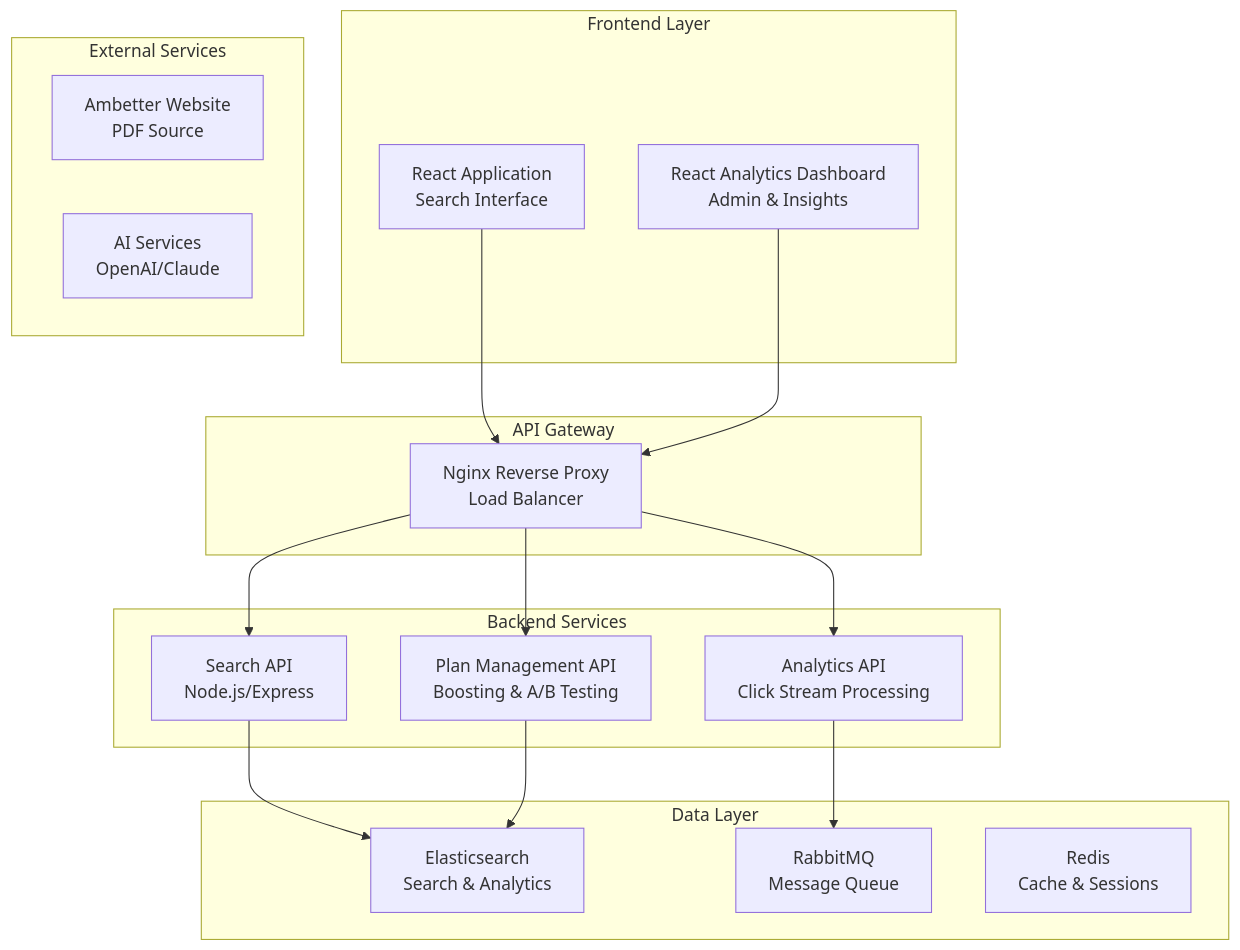
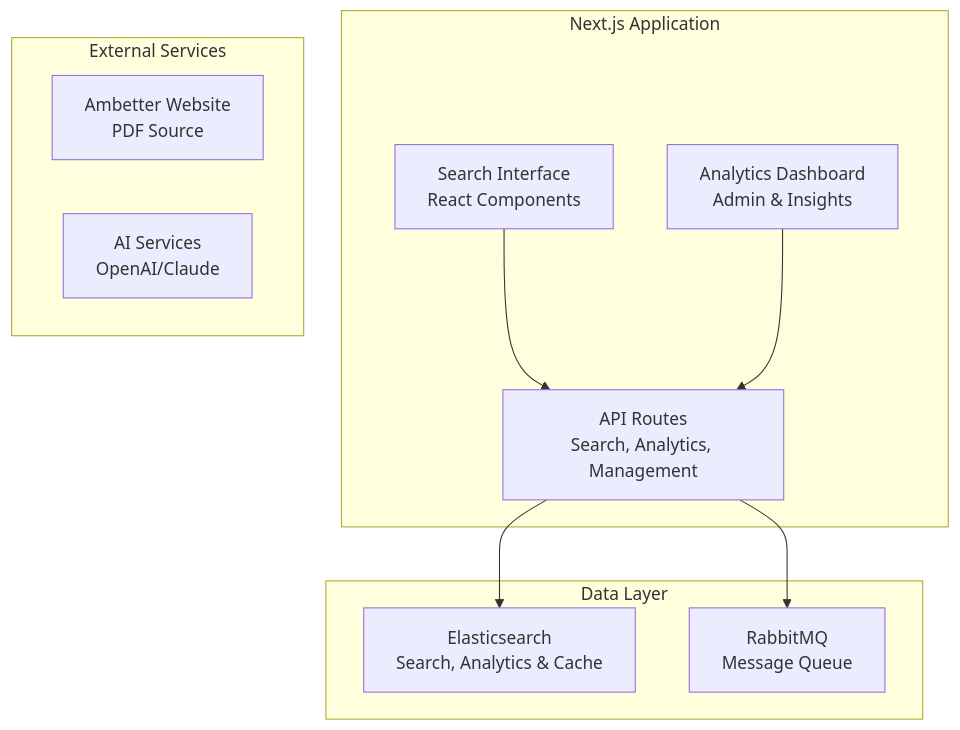
Before and after one commit to bommas/ambetter-project: the diagram in README.md, drawn with Mermaid. The commit also changed 1 other file, not shown here.

Commit message:
Fix architecture diagrams - remove remaining Redis references
- Remove Redis from Part 3 backend architecture diagram
- Update README architecture to show Next.js app structure
- Remove Redis cache references from connection flows
- Ensure all diagrams reflect Elasticsearch-only data layer
- Fix inconsistent architecture diagrams between files

````diff
--- a/README.md
+++ b/README.md
@@ -21,37 +21,23 @@
 ```mermaid
 graph TB
-    subgraph "Frontend Layer"
-        A[React Application<br/>Search Interface]
-        B[React Analytics Dashboard<br/>Admin & Insights]
-    end
-    
-    subgraph "API Gateway"
-        C[Nginx Reverse Proxy<br/>Load Balancer]
-    end
-    
-    subgraph "Backend Services"
-        D[Search API<br/>Node.js/Express]
-        E[Analytics API<br/>Click Stream Processing]
-        F[Plan Management API<br/>Boosting & A/B Testing]
+    subgraph "Next.js Application"
+        A[Search Interface<br/>React Components]
+        B[Analytics Dashboard<br/>Admin & Insights]
+        C[API Routes<br/>Search, Analytics, Management]
     end
     
     subgraph "Data Layer"
-        G[Elasticsearch<br/>Search & Analytics]
+        G[Elasticsearch<br/>Search, Analytics & Cache]
         H[RabbitMQ<br/>Message Queue]
-        I[Redis<br/>Cache & Sessions]
     end
     
     subgraph "External Services"
         J[Ambetter Website<br/>PDF Source]
         K[AI Services<br/>OpenAI/Claude]
     end
     
     A --> C
     B --> C
-    C --> D
-    C --> E
-    C --> F
-    D --> G
-    E --> H
-    F --> G
+    C --> G
+    C --> H
 ```
````
